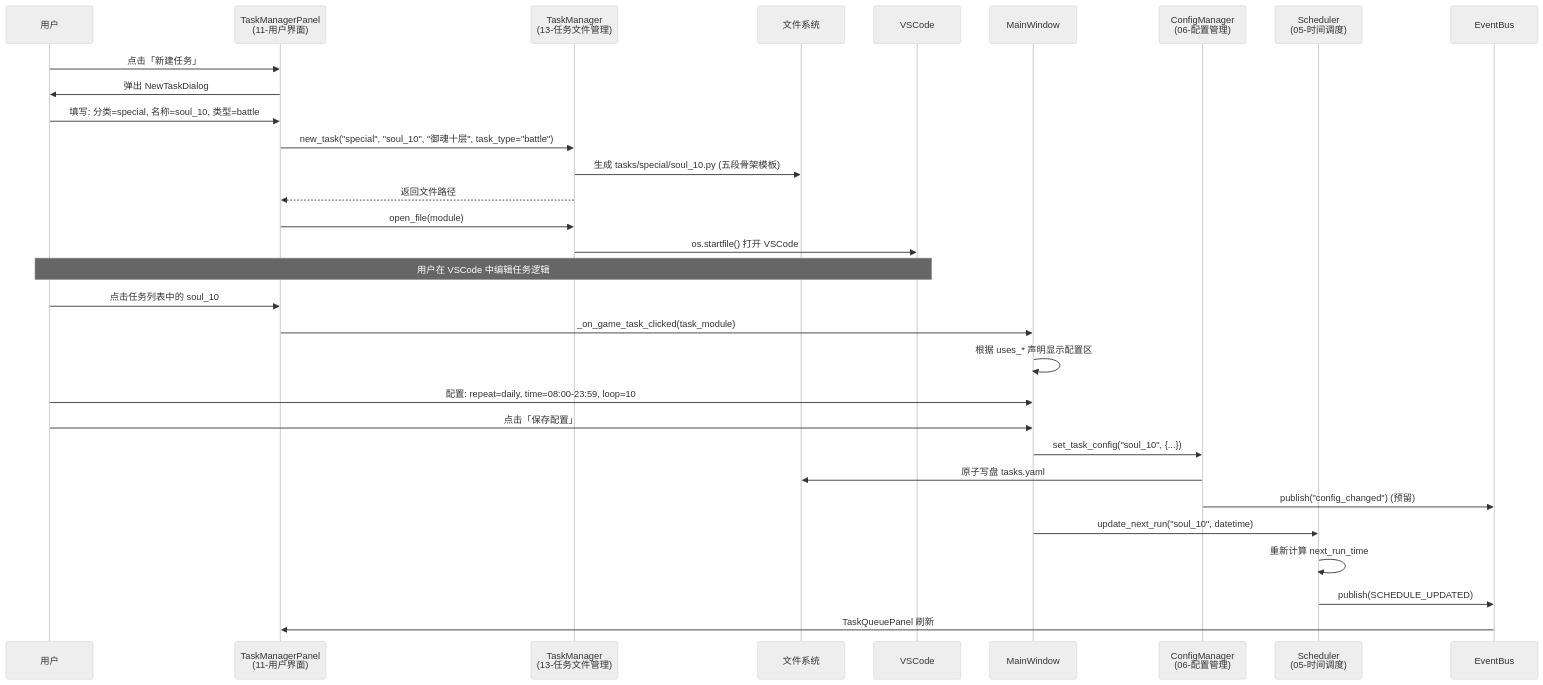
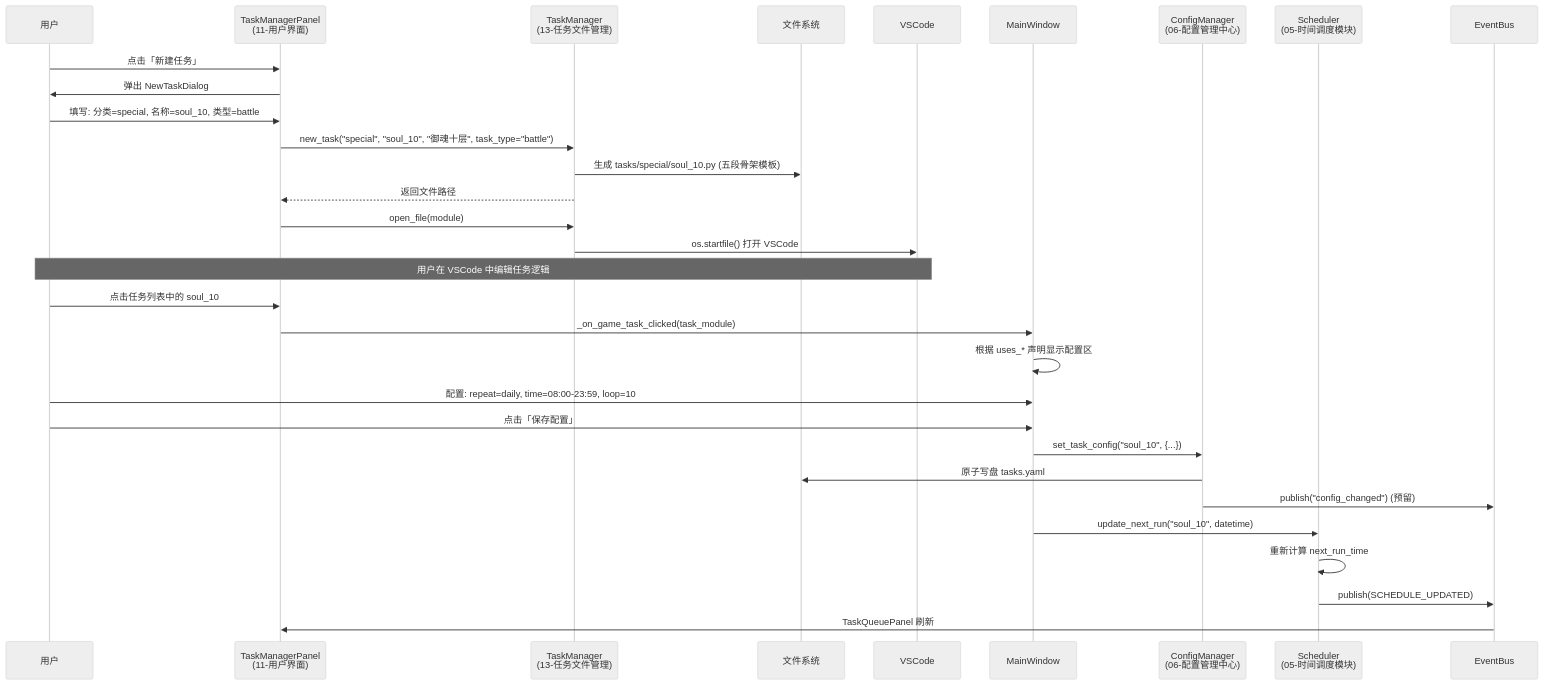
One commit to quchenfeng1/yys changed the second of 8 diagrams in 脚本实现/模块间交互时序图.md. Above: the diagram before and after it, drawn with Mermaid (neutral theme). The commit also changed other lines of this file and 41 other files, not shown here.

````diff
--- a/脚本实现/模块间交互时序图.md
+++ b/脚本实现/模块间交互时序图.md
@@ -56,36 +56,36 @@
 ```mermaid
 sequenceDiagram
     participant USER as 用户
     participant UI as TaskManagerPanel<br/>(11-用户界面)
     participant TM as TaskManager<br/>(13-任务文件管理)
     participant FS as 文件系统
     participant EDITOR as VSCode
     participant MW as MainWindow
-    participant CM as ConfigManager<br/>(06-配置管理)
-    participant SCH as Scheduler<br/>(05-时间调度)
+    participant CM as ConfigManager<br/>(06-配置管理中心)
+    participant SCH as Scheduler<br/>(05-时间调度模块)
     participant EB as EventBus
 
     USER->>UI: 点击「新建任务」
     UI->>USER: 弹出 NewTaskDialog
     USER->>UI: 填写: 分类=special, 名称=soul_10, 类型=battle
     UI->>TM: new_task("special", "soul_10", "御魂十层", task_type="battle")
     TM->>FS: 生成 tasks/special/soul_10.py (五段骨架模板)
     TM-->>UI: 返回文件路径
     UI->>TM: open_file(module)
     TM->>EDITOR: os.startfile() 打开 VSCode
     
     Note over USER,EDITOR: 用户在 VSCode 中编辑任务逻辑
     
     USER->>UI: 点击任务列表中的 soul_10
     UI->>MW: _on_game_task_clicked(task_module)
     MW->>MW: 根据 uses_* 声明显示配置区
     USER->>MW: 配置: repeat=daily, time=08:00-23:59, loop=10
     USER->>MW: 点击「保存配置」
     MW->>CM: set_task_config("soul_10", {...})
     CM->>FS: 原子写盘 tasks.yaml
     CM->>EB: publish("config_changed") (预留)
     MW->>SCH: update_next_run("soul_10", datetime)
     SCH->>SCH: 重新计算 next_run_time
     SCH->>EB: publish(SCHEDULE_UPDATED)
     EB->>UI: TaskQueuePanel 刷新
 ```
````
